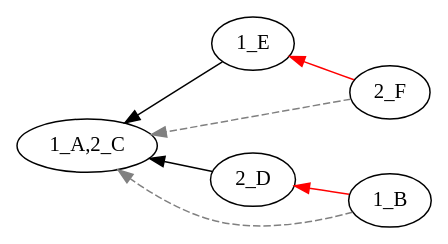
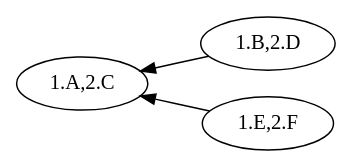
One commit to EulerProject/EulerX changed the diagram in example/output/pw1/pw1_pw_1.dot. Above: the diagram before and after it, drawn with Graphviz. The commit also changed 12 other files, not shown here.

```diff
--- a/example/output/pw1/pw1_pw_1.dot
+++ b/example/output/pw1/pw1_pw_1.dot
@@ -1,11 +1,7 @@
 digraph {
 
 rankdir = RL
 
-"2_F" -> "1_E" [style=filled, color=red];
-"1_B" -> "2_D" [style=filled, color=red];
-"1_E" -> "1_A,2_C" [style=filled, color=black];
-"2_D" -> "1_A,2_C" [style=filled, color=black];
-"2_F" -> "1_A,2_C" [style=dashed, color=grey];
-"1_B" -> "1_A,2_C" [style=dashed, color=grey];
+"1.B,2.D" -> "1.A,2.C" [style=filled, color=black];
+"1.E,2.F" -> "1.A,2.C" [style=filled, color=black];
 }
```
